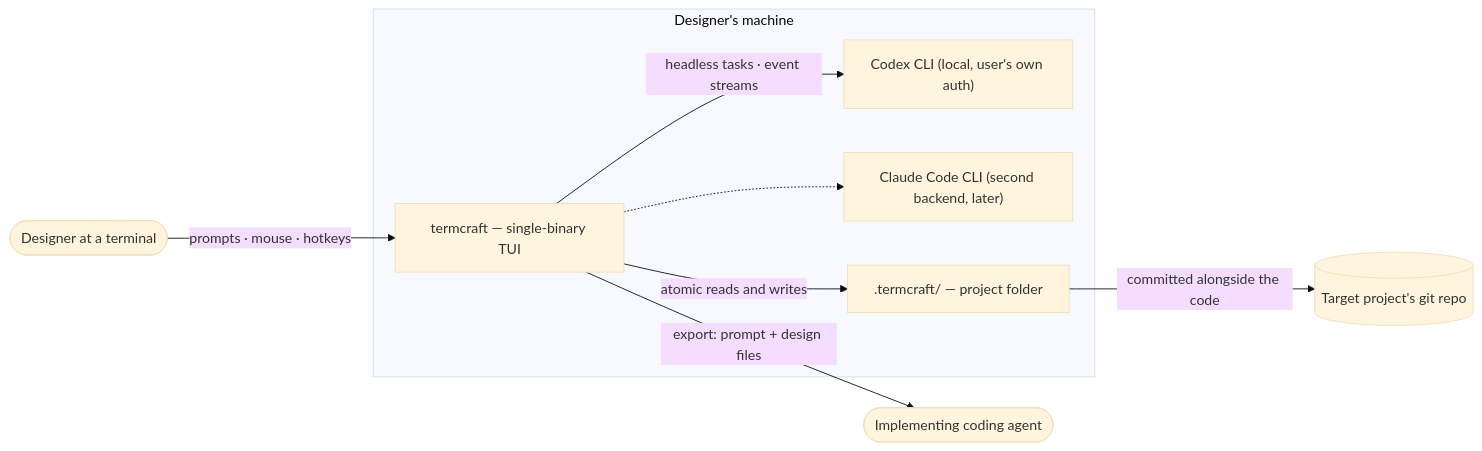
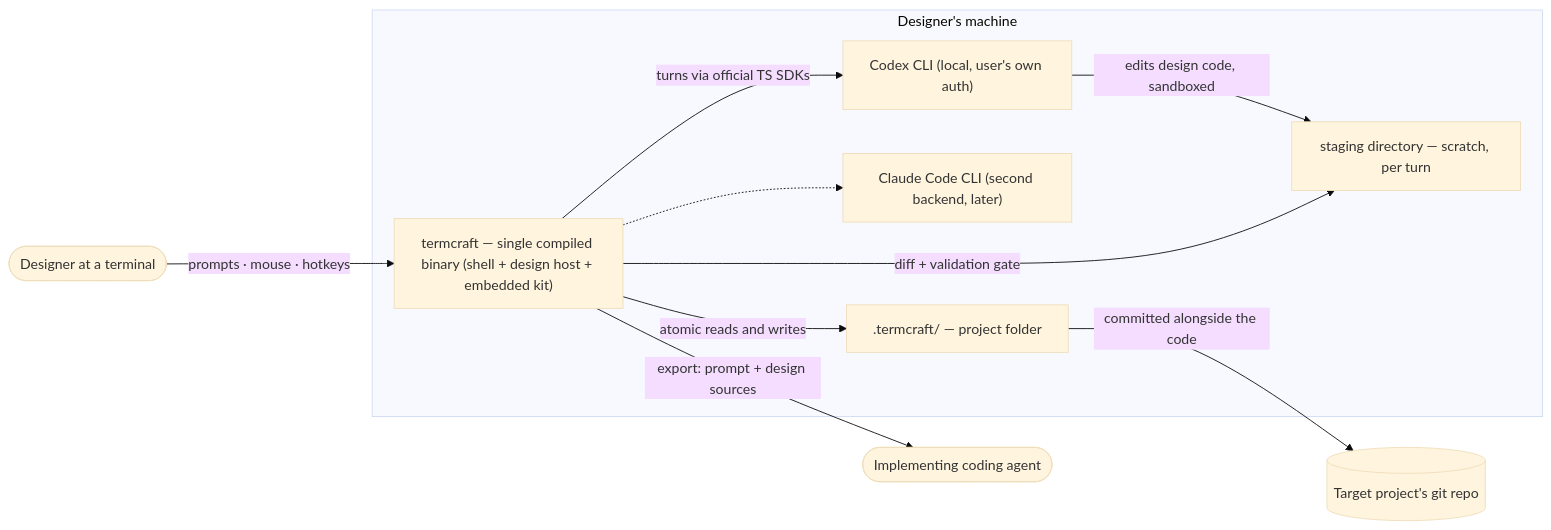
Before and after one commit to khmilevoi/termcraft: the diagram in docs/architecture/overview.md, drawn with Mermaid (base theme). The commit also changed other lines of this file and 12 other files, not shown here.

First line of the commit message:
docs: the design-runtime pivot - designs are OpenTUI code, termcraft is TypeScript

````diff
--- a/docs/architecture/overview.md
+++ b/docs/architecture/overview.md
@@ -3,19 +3,22 @@
 ```mermaid
 flowchart LR
     designer(["Designer at a terminal"])
     coder(["Implementing coding agent"])
     subgraph machine["Designer's machine"]
-        termcraft["termcraft — single-binary TUI"]
+        termcraft["termcraft — single compiled binary (shell + design host + embedded kit)"]
         codexcli["Codex CLI (local, user's own auth)"]
         claudecli["Claude Code CLI (second backend, later)"]
+        staging["staging directory — scratch, per turn"]
         folder[".termcraft/ — project folder"]
     end
     repo[("Target project's git repo")]
 
     designer -- "prompts · mouse · hotkeys" --> termcraft
-    termcraft -- "headless tasks · event streams" --> codexcli
+    termcraft -- "turns via official TS SDKs" --> codexcli
     termcraft -.-> claudecli
+    codexcli -- "edits design code, sandboxed" --> staging
+    termcraft -- "diff + validation gate" --> staging
     termcraft -- "atomic reads and writes" --> folder
     folder -- "committed alongside the code" --> repo
-    termcraft -- "export: prompt + design files" --> coder
+    termcraft -- "export: prompt + design sources" --> coder
 ```
````
